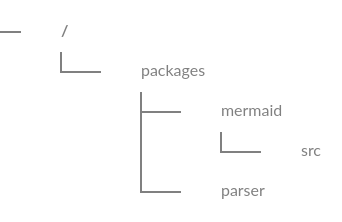
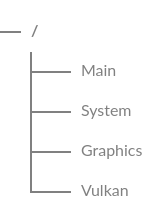
Before and after one commit to groovy-gorilla/indigo-engine: the diagram in README.md, drawn with Mermaid.

````diff
--- a/README.md
+++ b/README.md
@@ -20,20 +20,20 @@
 ```mermaid
 ---
 config:
     treeView:
         rowIndent: 20
         lineThickness: 1
-        paddingX: 20
+        paddingX: 5
         paddingY: 5
     themeVariables:
         treeView:
             labelFontSize: '8px'
             labelColor: '#808080'
             lineColor: '#808080'
 ---
 treeView-beta
-    "packages"
-        "mermaid"
-            "src"
-        "parser"
+"Main"
+"System"
+"Graphics"
+"Vulkan"
 ```
````
